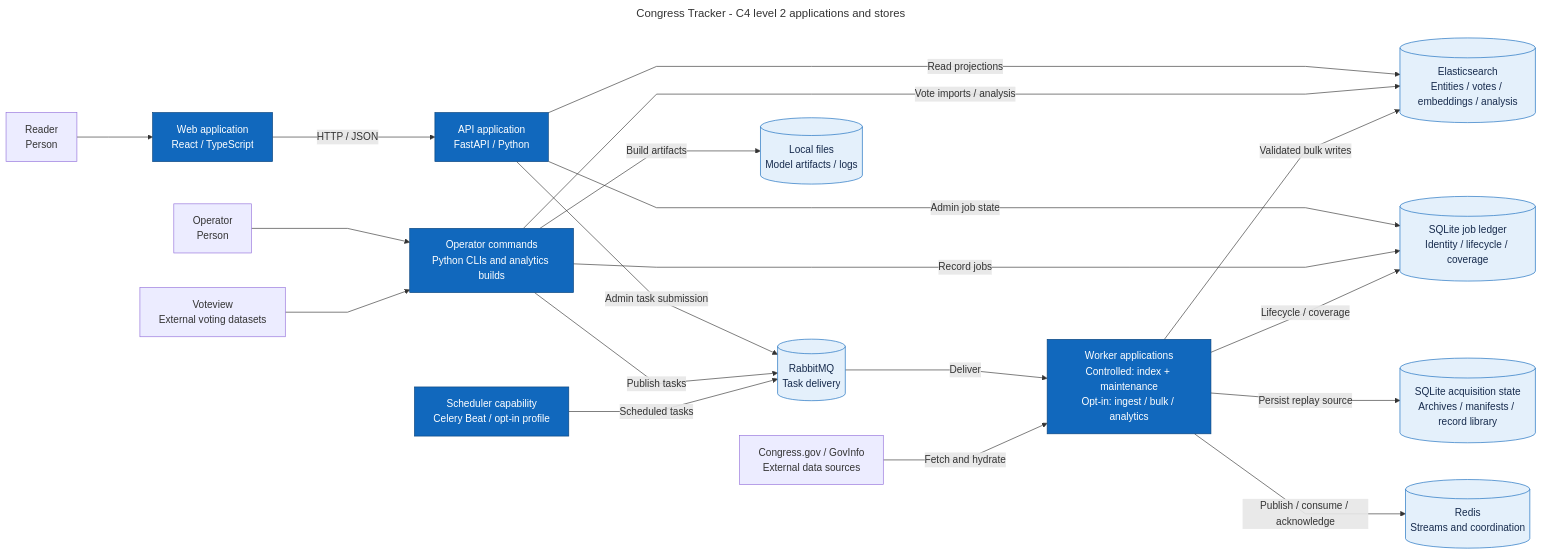
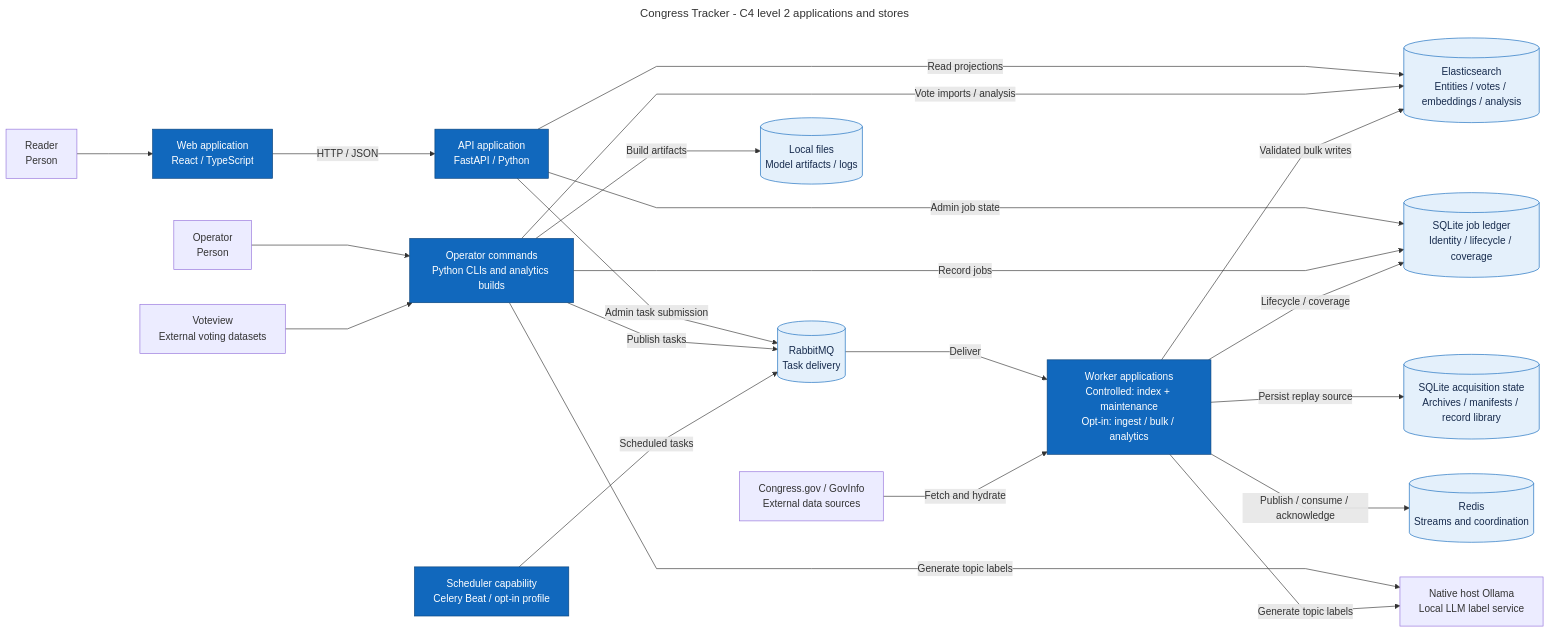
The diagram in worker-architecture.mmd (hbeychaner/usa-congress-monitor), drawn with Mermaid before and after one commit. The commit also changed 55 other files, not shown here.

```diff
--- a/worker-architecture.mmd
+++ b/worker-architecture.mmd
@@ -1,48 +1,51 @@
 ---
 title: Congress Tracker - C4 level 2 applications and stores
 config:
   flowchart:
     curve: linear
     nodeSpacing: 55
     rankSpacing: 100
 ---
 flowchart LR
     reader["Reader<br/>Person"]
     operator["Operator<br/>Person"]
     sources["Congress.gov / GovInfo<br/>External data sources"]
     voteview["Voteview<br/>External voting datasets"]
+    ollama["Native host Ollama<br/>Local LLM label service"]
     web["Web application<br/>React / TypeScript"]
     api["API application<br/>FastAPI / Python"]
     cli["Operator commands<br/>Python CLIs and analytics builds"]
     beat["Scheduler capability<br/>Celery Beat / opt-in profile"]
     workers["Worker applications<br/>Controlled: index + maintenance<br/>Opt-in: ingest / bulk / analytics"]
     broker[("RabbitMQ<br/>Task delivery")]
     ledger[("SQLite job ledger<br/>Identity / lifecycle / coverage")]
     archives[("SQLite acquisition state<br/>Archives / manifests / record library")]
     redis[("Redis<br/>Streams and coordination")]
     search[("Elasticsearch<br/>Entities / votes / embeddings / analysis")]
     files[("Local files<br/>Model artifacts / logs")]
 
     reader --> web
     web -->|"HTTP / JSON"| api
     operator --> cli
     api -->|"Read projections"| search
     api -->|"Admin job state"| ledger
     api -->|"Admin task submission"| broker
     cli -->|"Record jobs"| ledger
     cli -->|"Publish tasks"| broker
     cli -->|"Vote imports / analysis"| search
     cli -->|"Build artifacts"| files
+    cli -->|"Generate topic labels"| ollama
     voteview --> cli
     beat -->|"Scheduled tasks"| broker
     broker -->|"Deliver"| workers
     sources -->|"Fetch and hydrate"| workers
     workers -->|"Lifecycle / coverage"| ledger
     workers -->|"Persist replay source"| archives
     workers -->|"Publish / consume / acknowledge"| redis
     workers -->|"Validated bulk writes"| search
+    workers -->|"Generate topic labels"| ollama
 
     classDef app fill:#1168bd,stroke:#08427b,color:#ffffff
     classDef store fill:#e4f0fb,stroke:#1168bd,color:#172b4d
     class web,api,cli,beat,workers app
     class broker,ledger,archives,redis,search,files store
```
